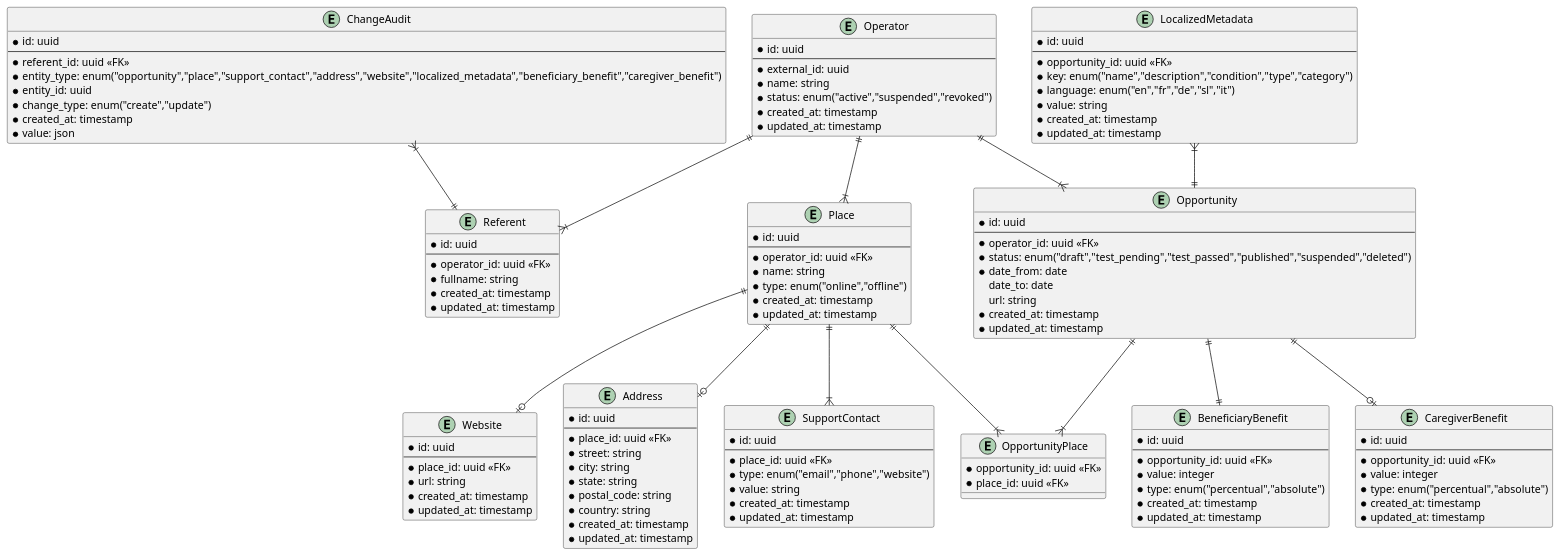
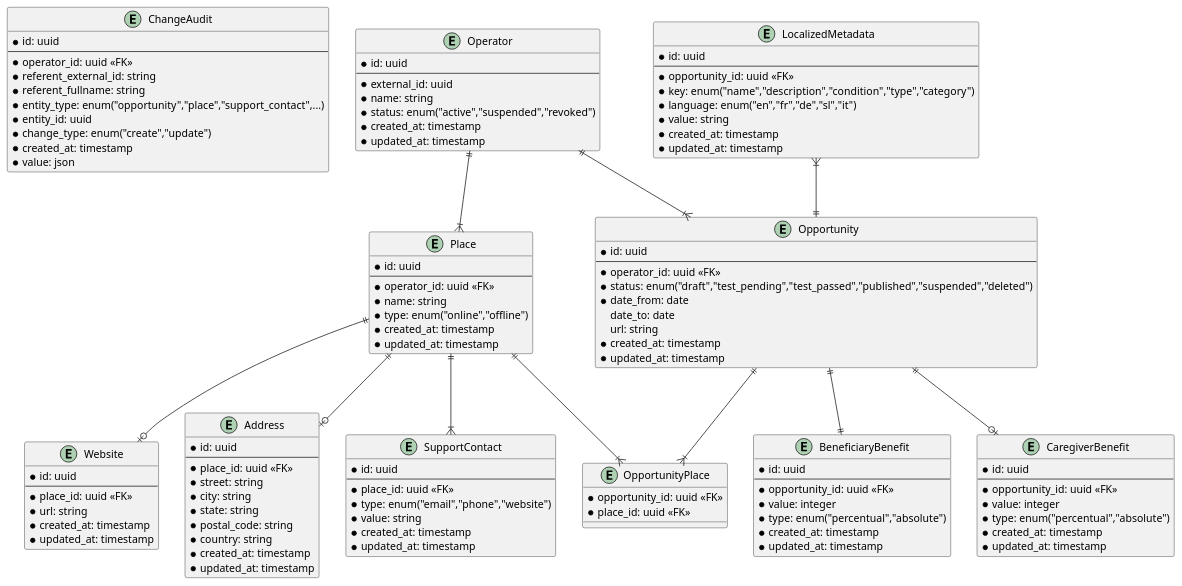
One commit to pagopa/io-growth changed the diagram in docs/backoffice/er.puml. Above: the diagram before and after it, drawn with PlantUML.

Commit message:
Docs changes (#6)

```diff
--- a/docs/backoffice/er.puml
+++ b/docs/backoffice/er.puml
@@ -1,136 +1,127 @@
 @startuml ced_er_diagram
+
+entity ChangeAudit {
+    * id: uuid
+    --
+    * operator_id: uuid <<FK>>
+    * referent_external_id: string
+    * referent_fullname: string
+    * entity_type: enum("opportunity","place","support_contact",...)
+    * entity_id: uuid
+    * change_type: enum("create","update")
+    * created_at: timestamp
+    * value: json
+}
 
 entity Operator {
     * id: uuid
     --
     * external_id: uuid
     * name: string
     * status: enum("active","suspended","revoked")
-    * created_at: timestamp
-    * updated_at: timestamp
-}
-
-entity Referent {
-    * id: uuid
-    --
-    * operator_id: uuid <<FK>>
-    * fullname: string
     * created_at: timestamp
     * updated_at: timestamp
 }
 
 entity Place {
     * id: uuid
     --
     * operator_id: uuid <<FK>>
     * name: string
     * type: enum("online","offline")
     * created_at: timestamp
     * updated_at: timestamp
 }
 
 entity Website {
     * id: uuid
     --
     * place_id: uuid <<FK>>
     * url: string
     * created_at: timestamp
     * updated_at: timestamp
 }
 
 entity Address {
     * id: uuid
     --
     * place_id: uuid <<FK>>
     * street: string
     * city: string
     * state: string
     * postal_code: string
     * country: string
     * created_at: timestamp
     * updated_at: timestamp
 }
 
 entity SupportContact {
     * id: uuid
     --
     * place_id: uuid <<FK>>
     * type: enum("email","phone","website")
     * value: string
     * created_at: timestamp
     * updated_at: timestamp
 }
 
 entity OpportunityPlace {
     * opportunity_id: uuid <<FK>>
     * place_id: uuid <<FK>>
 }
 
 entity Opportunity {
     * id: uuid
     --
     * operator_id: uuid <<FK>>
     * status: enum("draft","test_pending","test_passed","published","suspended","deleted")
     * date_from: date
     date_to: date
     url: string
     * created_at: timestamp
     * updated_at: timestamp
 }
 
 entity BeneficiaryBenefit {
     * id: uuid
     --
     * opportunity_id: uuid <<FK>>
     * value: integer
     * type: enum("percentual","absolute")
     * created_at: timestamp
     * updated_at: timestamp
 }
 
 entity CaregiverBenefit {
     * id: uuid
     --
     * opportunity_id: uuid <<FK>>
     * value: integer
     * type: enum("percentual","absolute")
     * created_at: timestamp
     * updated_at: timestamp
 }
 
 entity LocalizedMetadata {
     * id: uuid
     --
     * opportunity_id: uuid <<FK>>
     * key: enum("name","description","condition","type","category")
     * language: enum("en","fr","de","sl","it")
     * value: string
     * created_at: timestamp
     * updated_at: timestamp
 }
 
-entity ChangeAudit {
-    * id: uuid
-    --
-    * referent_id: uuid <<FK>>
-    * entity_type: enum("opportunity","place","support_contact","address","website","localized_metadata","beneficiary_benefit","caregiver_benefit")
-    * entity_id: uuid
-    * change_type: enum("create","update")
-    * created_at: timestamp
-    * value: json
-}
-
-ChangeAudit }|--|| Referent
-Operator ||--|{ Referent
 Operator ||--|{ Place
 Operator ||--|{ Opportunity
 Place ||--o| Address
 Place ||--o| Website
 Place ||--|{ SupportContact
 Place ||--|{ OpportunityPlace
 Opportunity ||--|{ OpportunityPlace
 LocalizedMetadata }|--|| Opportunity
 Opportunity ||--|| BeneficiaryBenefit
 Opportunity ||--o| CaregiverBenefit
 
 @enduml
```
